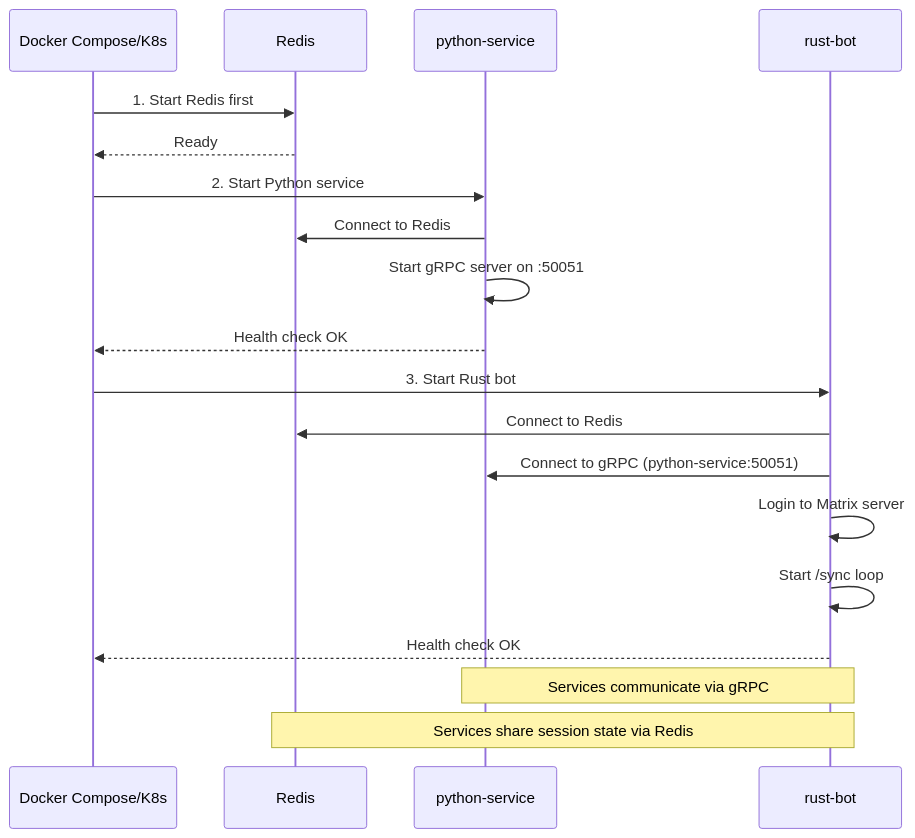
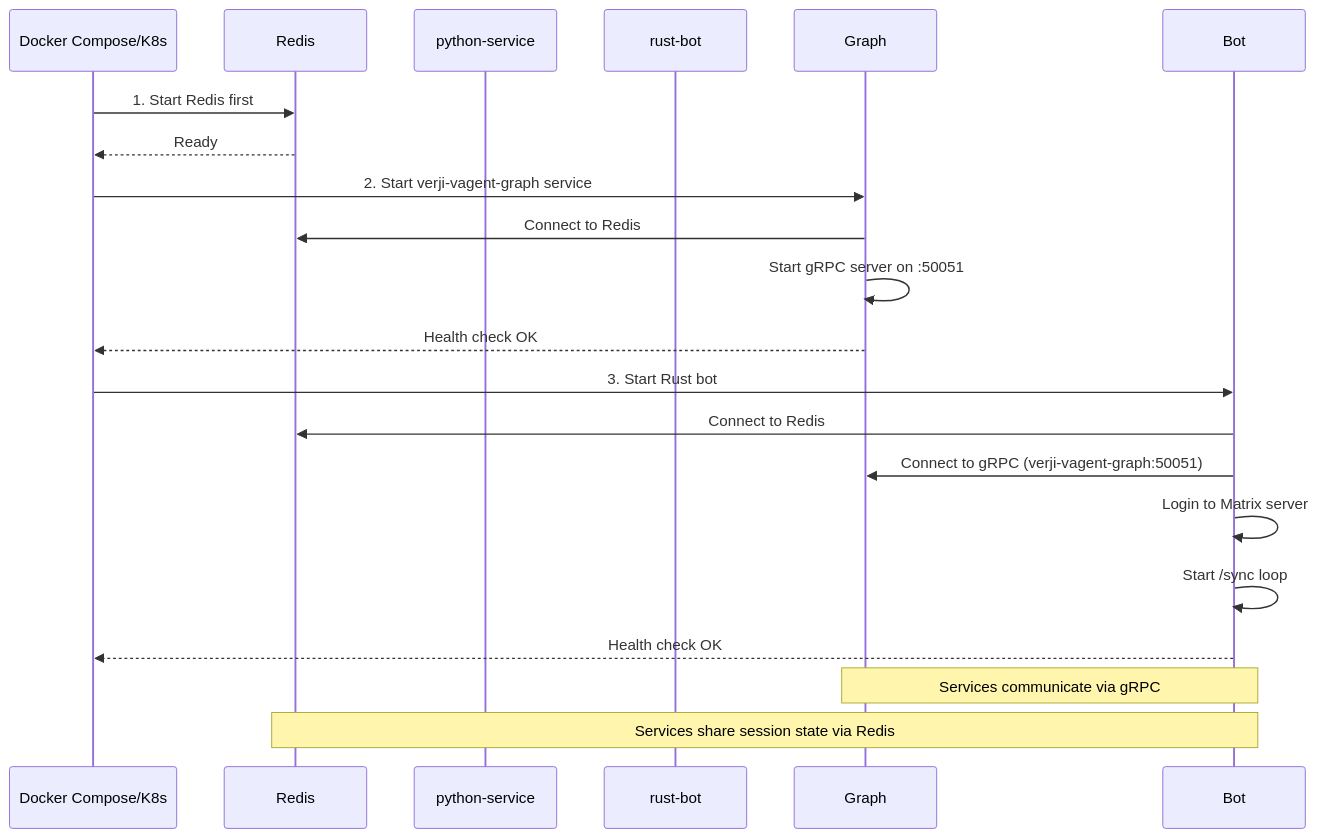
One commit to verji/verji-ai-agent changed the diagram in ARCHITECTURE.md. Above: the diagram before and after it, drawn with Mermaid. The commit also changed other lines of this file and 13 other files, not shown here.

````diff
--- a/ARCHITECTURE.md
+++ b/ARCHITECTURE.md
@@ -1044,25 +1044,25 @@
 ```mermaid
 sequenceDiagram
     participant DC as Docker Compose/K8s
     participant Redis
     participant Python as python-service
     participant Rust as rust-bot
 
     DC->>Redis: 1. Start Redis first
     Redis-->>DC: Ready
 
-    DC->>Python: 2. Start Python service
-    Python->>Redis: Connect to Redis
-    Python->>Python: Start gRPC server on :50051
-    Python-->>DC: Health check OK
+    DC->>Graph: 2. Start verji-vagent-graph service
+    Graph->>Redis: Connect to Redis
+    Graph->>Graph: Start gRPC server on :50051
+    Graph-->>DC: Health check OK
 
-    DC->>Rust: 3. Start Rust bot
-    Rust->>Redis: Connect to Redis
-    Rust->>Python: Connect to gRPC (python-service:50051)
-    Rust->>Rust: Login to Matrix server
-    Rust->>Rust: Start /sync loop
-    Rust-->>DC: Health check OK
+    DC->>Bot: 3. Start Rust bot
+    Bot->>Redis: Connect to Redis
+    Bot->>Graph: Connect to gRPC (verji-vagent-graph:50051)
+    Bot->>Bot: Login to Matrix server
+    Bot->>Bot: Start /sync loop
+    Bot-->>DC: Health check OK
 
-    Note over Rust,Python: Services communicate via gRPC
-    Note over Rust,Redis: Services share session state via Redis
+    Note over Bot,Graph: Services communicate via gRPC
+    Note over Bot,Redis: Services share session state via Redis
 ```
````
